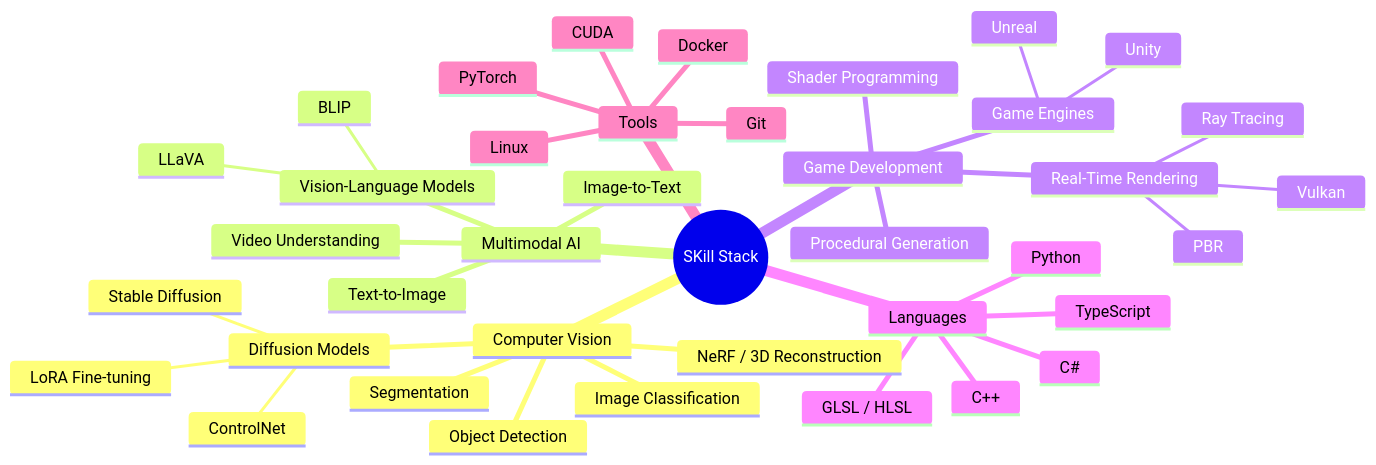
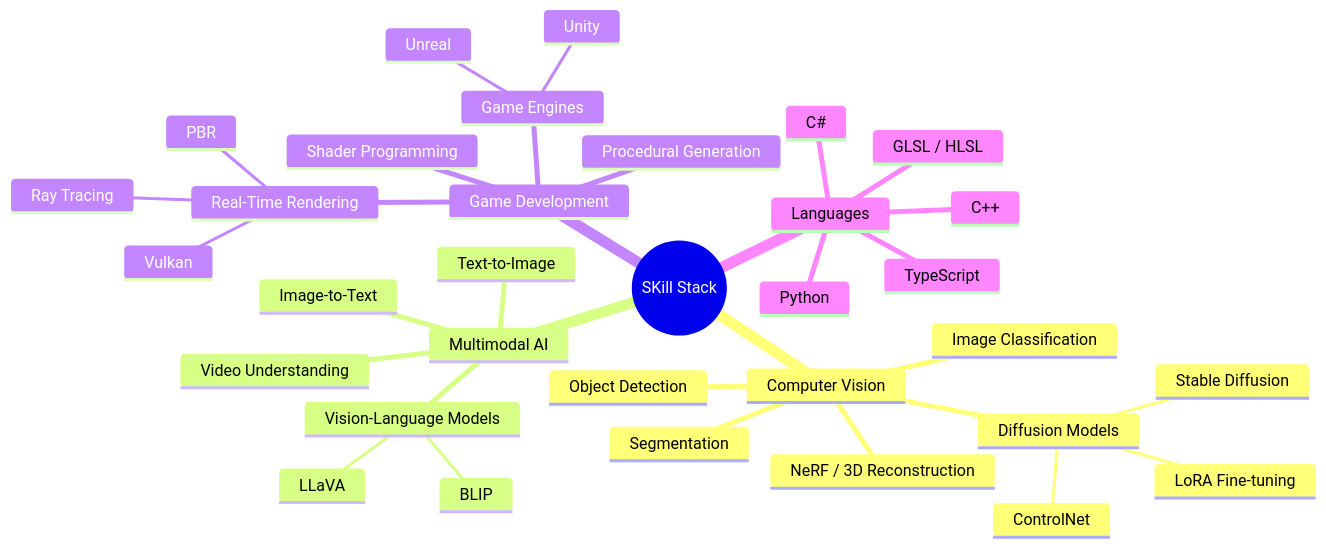
The diagram in README.md (new-tonAA/new-tonAA), drawn with Mermaid before and after one commit. The commit also changed 2 other files, not shown here.

Commit message:
Make banner background transparent, shorten it, drop Tools from skill map
- Remove the opaque gradient/dot background so the banner sits directly
  on GitHub's page colour; light/dark variants now differ only by ink.
- Tighten the layout from 1600x400 to 1600x320 without dropping any
  content or distorting the artwork.
- Remove the Tools branch from the skill-stack mindmap.

````diff
--- a/README.md
+++ b/README.md
@@ -9,42 +9,36 @@
 ```mermaid
 mindmap
   root((SKill Stack))
     Computer Vision
       Image Classification
       Object Detection
       Segmentation
       NeRF / 3D Reconstruction
       Diffusion Models
         Stable Diffusion
         ControlNet
         LoRA Fine-tuning
     Multimodal AI
       Vision-Language Models
         BLIP
         LLaVA
       Text-to-Image
       Image-to-Text
       Video Understanding
     Game Development
       Game Engines
         Unity
         Unreal
       Real-Time Rendering
         PBR
         Ray Tracing
         Vulkan
       Shader Programming
       Procedural Generation
     Languages
       Python
       C++
       C#
       GLSL / HLSL
       TypeScript
-    Tools
-      PyTorch
-      CUDA
-      Docker
-      Git
-      Linux
 ```
````
